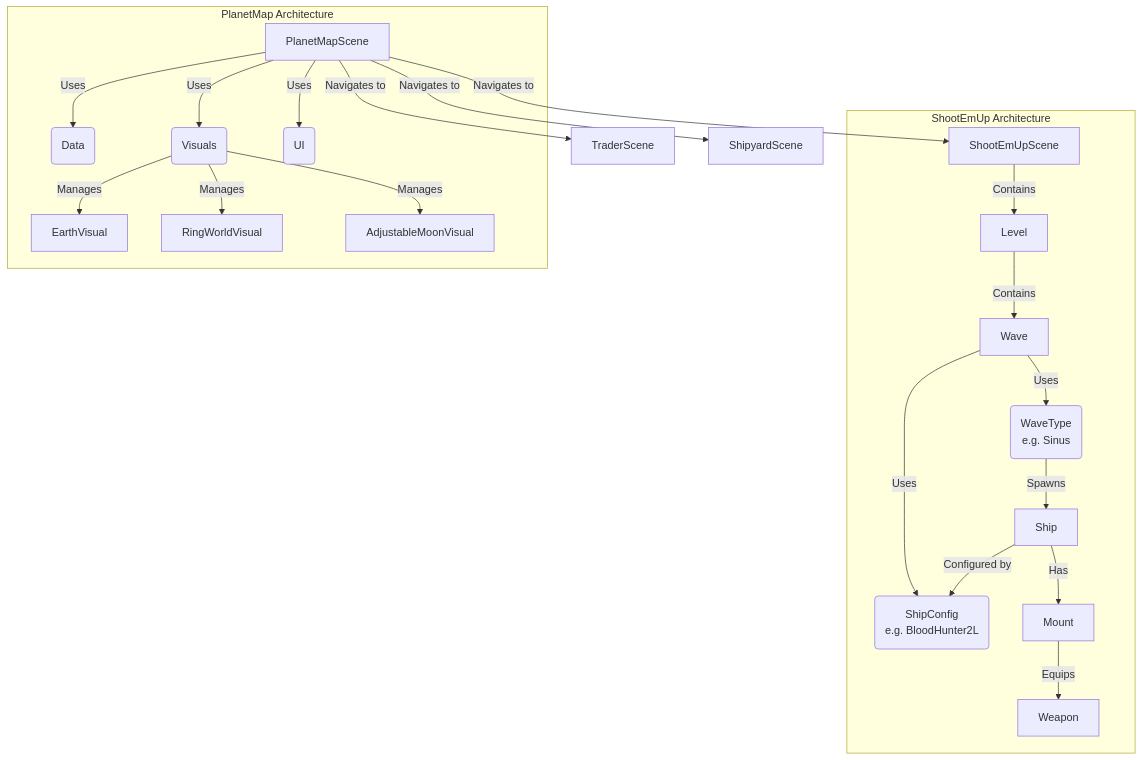
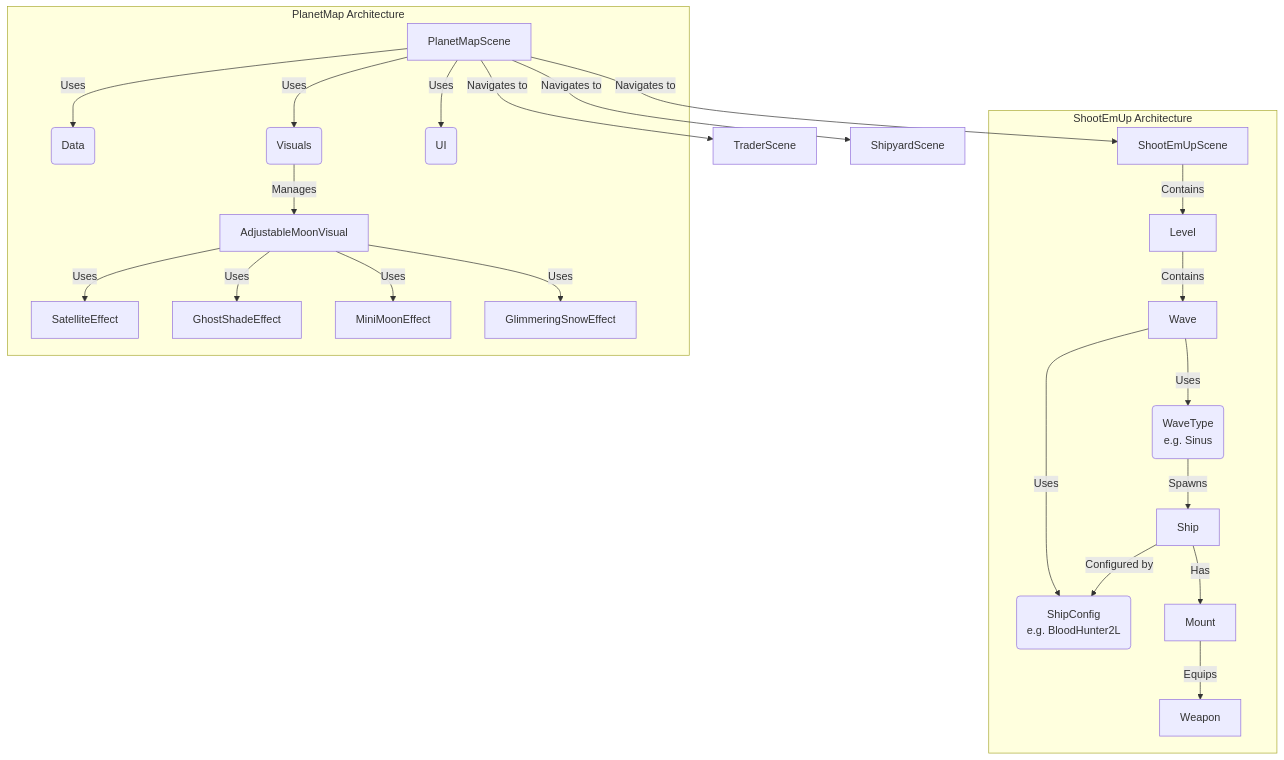
Before and after one commit to pkcpkc/laser-phaser: the diagram in README.md, drawn with Mermaid. The commit also changed other lines of this file and 11 other files, not shown here.

Commit message:
feat: introduce new ring effect, refactor ghost shades, and adjust planet visual scaling and properties

````diff
--- a/README.md
+++ b/README.md
@@ -65,26 +65,28 @@
 ```mermaid
 graph TD
     PlanetMapScene --> |Navigates to| ShootEmUpScene
     PlanetMapScene --> |Navigates to| TraderScene
     PlanetMapScene --> |Navigates to| ShipyardScene
     
     subgraph ShootEmUp Architecture
         ShootEmUpScene --> |Contains| Level
         Level --> |Contains| Wave
         Wave --> |Uses| WaveType(WaveType<br/>e.g. Sinus)
         Wave --> |Uses| ShipConfig(ShipConfig<br/>e.g. BloodHunter2L)
         WaveType --> |Spawns| Ship
         Ship --> |Configured by| ShipConfig
         Ship --> |Has| Mount
         Mount --> |Equips| Weapon
     end
 
     subgraph PlanetMap Architecture
         PlanetMapScene --> |Uses| PlanetRegistry(Data)
         PlanetMapScene --> |Uses| PlanetVisuals(Visuals)
         PlanetMapScene --> |Uses| MapInteractionManager(UI)
-        PlanetVisuals --> |Manages| EarthVisual
-        PlanetVisuals --> |Manages| RingWorldVisual
         PlanetVisuals --> |Manages| AdjustableMoonVisual
+        AdjustableMoonVisual --> |Uses| SatelliteEffect
+        AdjustableMoonVisual --> |Uses| GhostShadeEffect
+        AdjustableMoonVisual --> |Uses| MiniMoonEffect
+        AdjustableMoonVisual --> |Uses| GlimmeringSnowEffect
     end
 ```
````
